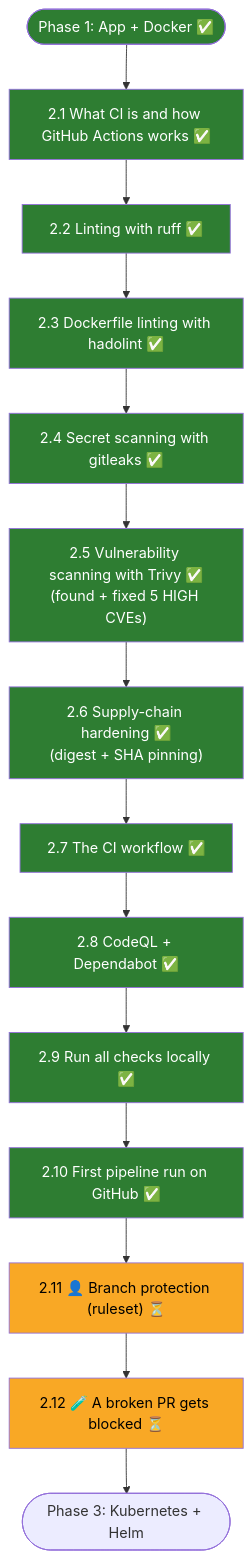
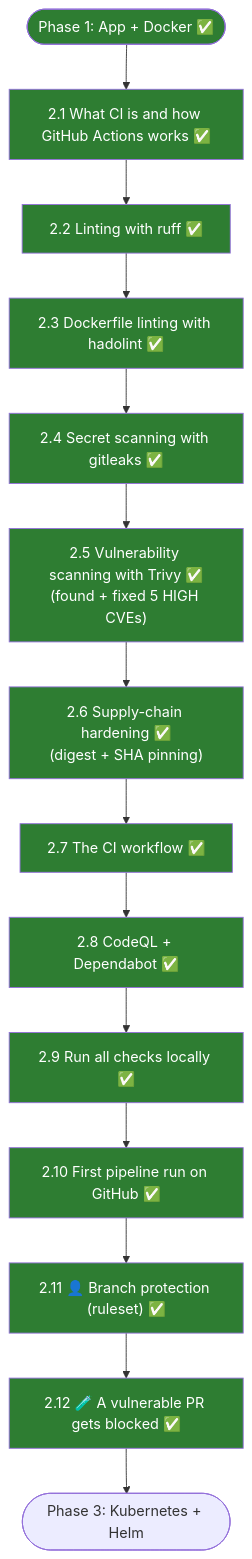
Before and after one commit to valinfernanda/devops-project: the first of 5 diagrams in docs/02-ci.md, drawn with Mermaid. The commit also changed other lines of this file and 2 other files, not shown here.

Commit message:
docs: Phase 2 complete (ruleset, vulnerable-PR experiment, summary) (#3)

````diff
--- a/docs/02-ci.md
+++ b/docs/02-ci.md
@@ -15,21 +15,20 @@
 ```mermaid
 flowchart TD
     P1(["Phase 1: App + Docker ✅"]) --> A
     A["2.1 What CI is and how GitHub Actions works ✅"] --> B["2.2 Linting with ruff ✅"]
     B --> C["2.3 Dockerfile linting with hadolint ✅"]
     C --> D["2.4 Secret scanning with gitleaks ✅"]
     D --> E["2.5 Vulnerability scanning with Trivy ✅<br/>(found + fixed 5 HIGH CVEs)"]
     E --> F["2.6 Supply-chain hardening ✅<br/>(digest + SHA pinning)"]
     F --> G["2.7 The CI workflow ✅"]
     G --> H["2.8 CodeQL + Dependabot ✅"]
     H --> I["2.9 Run all checks locally ✅"]
     I --> J["2.10 First pipeline run on GitHub ✅"]
-    J --> K["2.11 👤 Branch protection (ruleset) ⏳"]
-    K --> L["2.12 🧪 A broken PR gets blocked ⏳"]
+    J --> K["2.11 👤 Branch protection (ruleset) ✅"]
+    K --> L["2.12 🧪 A vulnerable PR gets blocked ✅"]
     L --> P3(["Phase 3: Kubernetes + Helm"])
 
     classDef done fill:#2e7d32,color:#fff
     classDef wait fill:#f9a825,color:#000
-    class P1,A,B,C,D,E,F,G,H,I,J done
-    class K,L wait
+    class P1,A,B,C,D,E,F,G,H,I,J,K,L done
 ```
````
